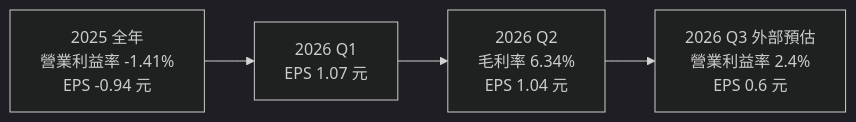
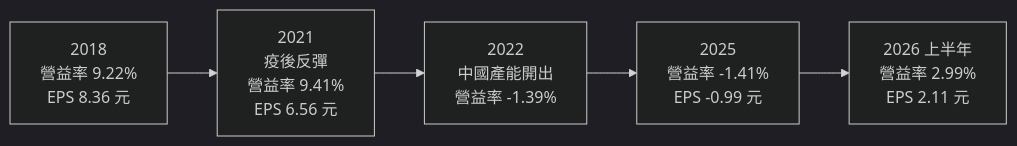
The second of 3 diagrams in 個股/台股/1326台化.md (wangnick1004/taiwan-stock-vault), drawn with Mermaid (dark theme) before and after one commit. The commit also changed other lines of this file and 16 other files, not shown here.

````diff
--- a/個股/台股/1326台化.md
+++ b/個股/台股/1326台化.md
@@ -129,4 +132,4 @@
 ```mermaid
 flowchart LR
-    Y["2025 全年<br/>營業利益率 -1.41%<br/>EPS -0.94 元"] --> Q1["2026 Q1<br/>EPS 1.07 元"] --> Q2["2026 Q2<br/>毛利率 6.34%<br/>EPS 1.04 元"] --> Q3["2026 Q3 外部預估<br/>營業利益率 2.4%<br/>EPS 0.6 元"]
+    Y18["2018<br/>營益率 9.22%<br/>EPS 8.36 元"] --> Y21["2021<br/>疫後反彈<br/>營益率 9.41%<br/>EPS 6.56 元"] --> Y22["2022<br/>中國產能開出<br/>營益率 -1.39%"] --> Y25["2025<br/>營益率 -1.41%<br/>EPS -0.99 元"] --> H26["2026 上半年<br/>營益率 2.99%<br/>EPS 2.11 元"]
 ```
````
